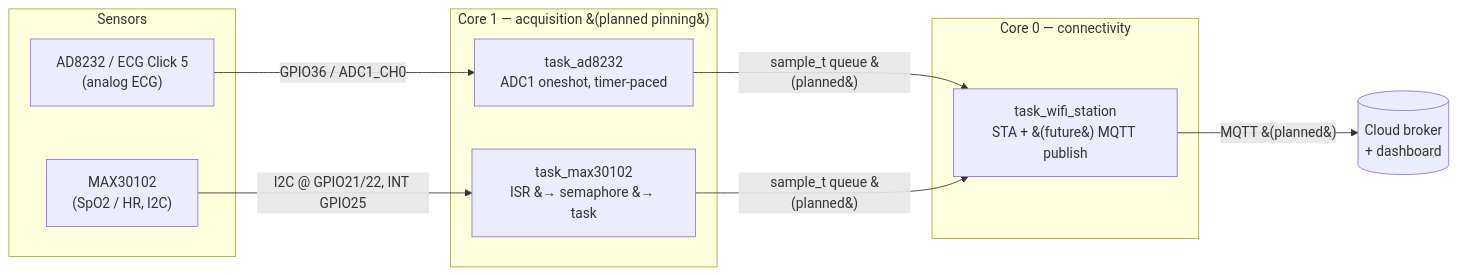
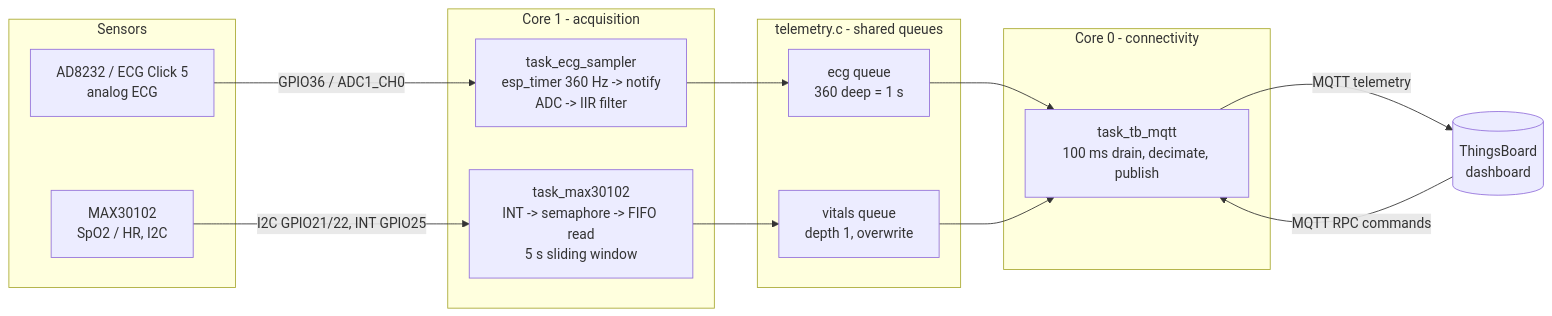
One commit to peixin0/esp_32_ip changed the diagram in README.md. Above: the diagram before and after it, drawn with Mermaid. The commit also changed other lines of this file, not shown here.

````diff
--- a/README.md
+++ b/README.md
@@ -18,22 +45,30 @@
 ```mermaid
 flowchart LR
     subgraph SENSORS [Sensors]
-        ECG["AD8232 / ECG Click 5<br/>(analog ECG)"]
-        PPG["MAX30102<br/>(SpO2 / HR, I2C)"]
+        ECG["AD8232 / ECG Click 5<br/>analog ECG"]
+        PPG["MAX30102<br/>SpO2 / HR, I2C"]
     end
 
-    subgraph CORE1 [Core 1 — acquisition &#40;planned pinning&#41;]
-        TADC["task_ad8232<br/>ADC1 oneshot, timer-paced"]
-        TMAX["task_max30102<br/>ISR &#8594; semaphore &#8594; task"]
+    subgraph CORE1 [Core 1 - acquisition]
+        TECG["task_ecg_sampler<br/>esp_timer 360 Hz -> notify<br/>ADC -> IIR filter"]
+        TMAX["task_max30102<br/>INT -> semaphore -> FIFO read<br/>5 s sliding window"]
     end
 
-    subgraph CORE0 [Core 0 — connectivity]
-        TWIFI["task_wifi_station<br/>STA + &#40;future&#41; MQTT publish"]
+    subgraph QUEUES [telemetry.c - shared queues]
+        QECG["ecg queue<br/>360 deep = 1 s"]
+        QVIT["vitals queue<br/>depth 1, overwrite"]
     end
 
-    ECG -->|GPIO36 / ADC1_CH0| TADC
-    PPG -->|"I2C @ GPIO21/22, INT GPIO25"| TMAX
-    TADC -->|sample_t queue &#40;planned&#41;| TWIFI
-    TMAX -->|sample_t queue &#40;planned&#41;| TWIFI
-    TWIFI -->|MQTT &#40;planned&#41;| CLOUD[(Cloud broker<br/>+ dashboard)]
+    subgraph CORE0 [Core 0 - connectivity]
+        TMQ["task_tb_mqtt<br/>100 ms drain, decimate, publish"]
+    end
+
+    ECG -->|GPIO36 / ADC1_CH0| TECG
+    PPG -->|"I2C GPIO21/22, INT GPIO25"| TMAX
+    TECG --> QECG
+    TMAX --> QVIT
+    QECG --> TMQ
+    QVIT --> TMQ
+    TMQ -->|MQTT telemetry| TB[(ThingsBoard<br/>dashboard)]
+    TB -->|MQTT RPC commands| TMQ
 ```
````
